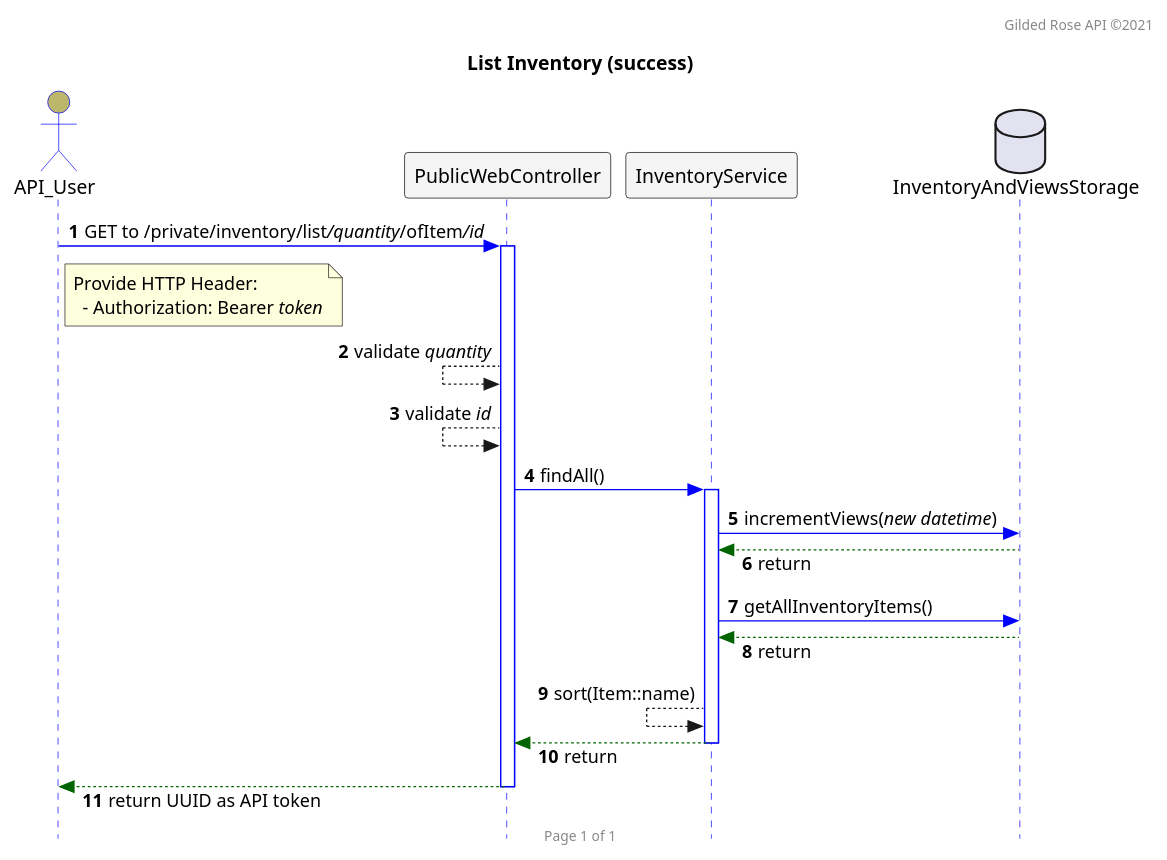
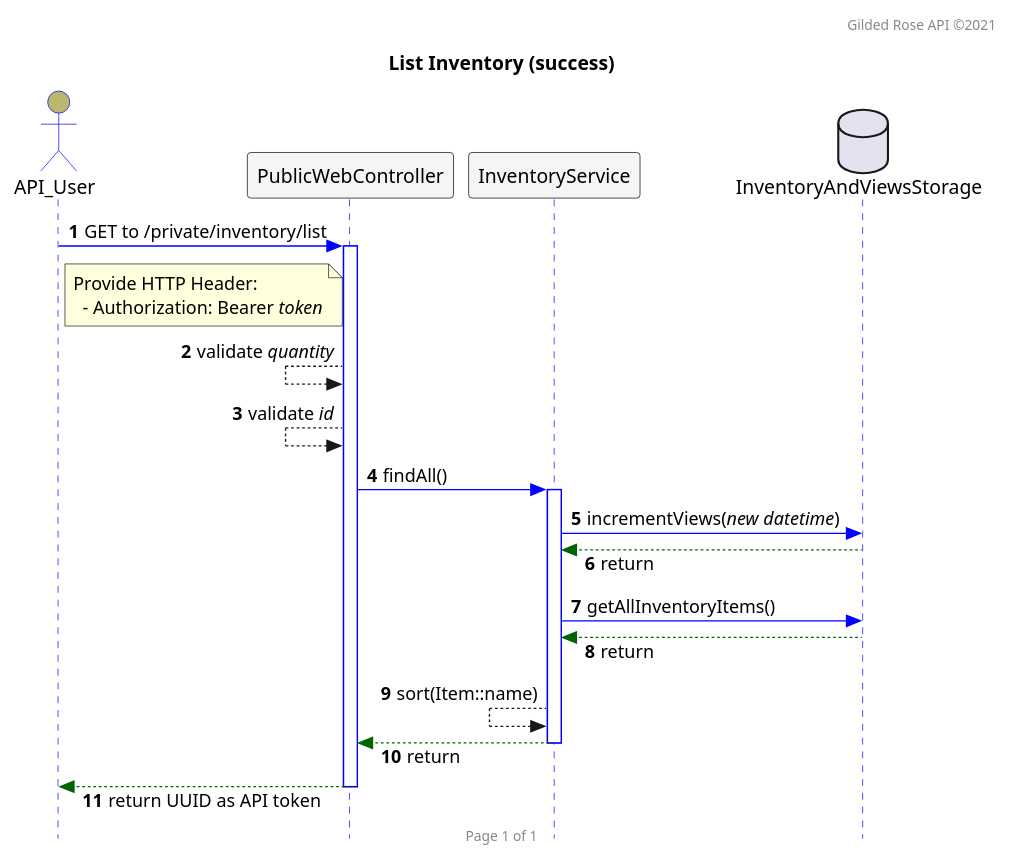
Before and after one commit to bladewheels/GildedRoseAPI: the diagram in src/main/resources/seq.list.puml, drawn with PlantUML.

```diff
--- a/src/main/resources/seq.list.puml
+++ b/src/main/resources/seq.list.puml
@@ -1,47 +1,47 @@
 @startuml
 
 autonumber
 header Gilded Rose API ©2021
 footer Page 1 of 1
 hide footbox
 
 skinparam responseMessageBelowArrow true
 skinparam sequence {
   ActorBackgroundColor DarkKhaki
   ActorBorderColor Blue
   DatabaseBackgroundColor Gray
   DatabaseBorderColor Black
   LifeLineBorderColor Blue
   ParticipantBackgroundColor WhiteSmoke
   ParticipantBorderColor Black
 }
 skinparam style strictuml
 
 title List Inventory (success)
 
 actor API_User
 participant PublicWebController
 participant InventoryService
 database InventoryAndViewsStorage
 
-API_User -[#0000FF]> PublicWebController : GET to /private/inventory/list///quantity///ofItem///id//
+API_User -[#0000FF]> PublicWebController : GET to /private/inventory/list
 note right of API_User
  Provide HTTP Header:
    - Authorization: Bearer //token//
 end note
 activate PublicWebController
 PublicWebController <-- PublicWebController : validate //quantity//
 PublicWebController <-- PublicWebController : validate //id//
 PublicWebController -[#0000FF]> InventoryService : findAll()
 activate InventoryService
 InventoryService -[#0000FF]> InventoryAndViewsStorage : incrementViews(//new datetime//)
 InventoryService <[#DarkGreen]-- InventoryAndViewsStorage : return
 InventoryService -[#0000FF]> InventoryAndViewsStorage : getAllInventoryItems()
 InventoryService <[#DarkGreen]-- InventoryAndViewsStorage : return
 InventoryService <-- InventoryService : sort(Item::name)
 PublicWebController <[#DarkGreen]-- InventoryService : return
 deactivate InventoryService
 API_User <[#DarkGreen]-- PublicWebController : return UUID as API token
 deactivate PublicWebController
 
 @enduml
```
